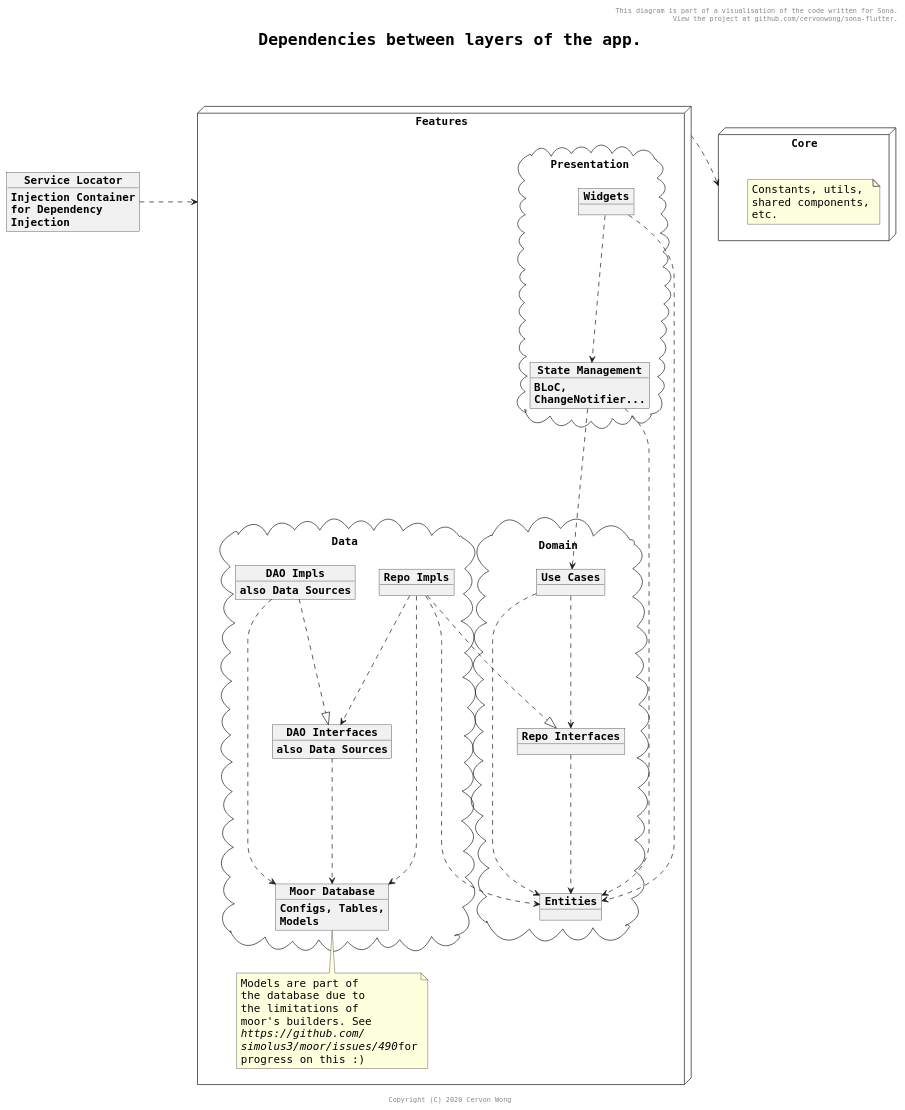
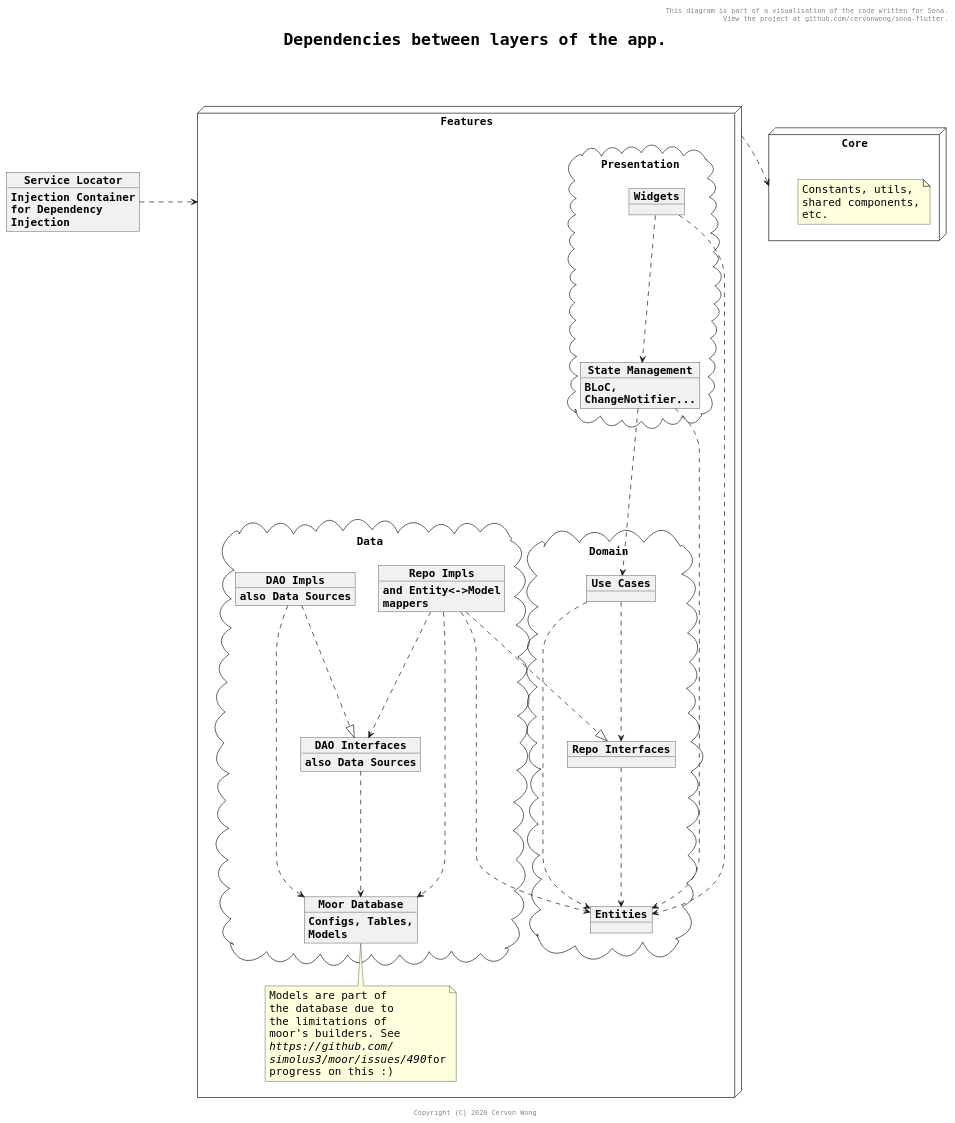
The diagram in puml/architecture_dependencies.puml (cervonwong/sona-flutter), drawn with PlantUML before and after one commit. The commit also changed 1 other file, not shown here.

Commit message:
Docs(puml): Add more info on Entity<->Model mappers

```diff
--- a/puml/architecture_dependencies.puml
+++ b/puml/architecture_dependencies.puml
@@ -1,75 +1,77 @@
 @startuml
 
 skinparam wrapWidth 200
 skinparam maxMessageSize 100
 skinparam defaultFontName Monospaced
 skinparam defaultFontSize 16
 skinparam arrowFontSize 12
 skinparam objectFontStyle bold
 skinparam titleFontSize 24
 skinparam titleFontStyle bold
 skinparam shadowing false
 
 header This diagram is part of a visualisation of the code written for Sona.\n View the project at github.com/cervonwong/sona-flutter.
 title Dependencies between layers of the app.\n
 footer Copyright (C) 2020 Cervon Wong
 
 package Features <<Node>> {
 	package Presentation <<Cloud>> {
 		object "Widgets" as w
 		object "State Management" as s {
 			BLoC, ChangeNotifier...
 		}
 	}
 	
 	package Domain <<Cloud>> {
 		object "Use Cases" as u
 		object "Entities" as e
 		object "Repo Interfaces" as ir
 	}
 	
 	package Data <<Cloud>> {
-		object "Repo Impls" as ri
+		object "Repo Impls" as ri {
+			and Entity<->Model mappers
+		}
 		object "DAO Impls" AS di {
 			also Data Sources
 		}
 		object "DAO Interfaces" as id {
 			also Data Sources
 		}
 		object "Moor Database" as db {
 			Configs, Tables, Models
 		}
 	}
 
 	note bottom of db
     	Models are part of the database due to the limitations of moor's builders. See <i>https://github.com/ simolus3/moor/issues/490</i>for progress on this :)
     end note
 }
 
 object "Service Locator" as sl {
 	Injection Container for Dependency Injection
 }
 
 package Core <<Node>> {
 	note "Constants, utils, shared components, etc." as n1
 }
 
 w  ....>  s
 w  ....>  e
 s  ....>  u
 s  ....>  e
 u  ....>  e
 u  ....>  ir
 ir ....>  e
 ri ....|> ir
 ri ....>  id
 ri ....>  db
 ri ....>  e
 di ....>  db
 di ....|> id
 id ....> db
 
 sl .> Features : \t
 Features .> Core : \t
 
 @enduml
```
